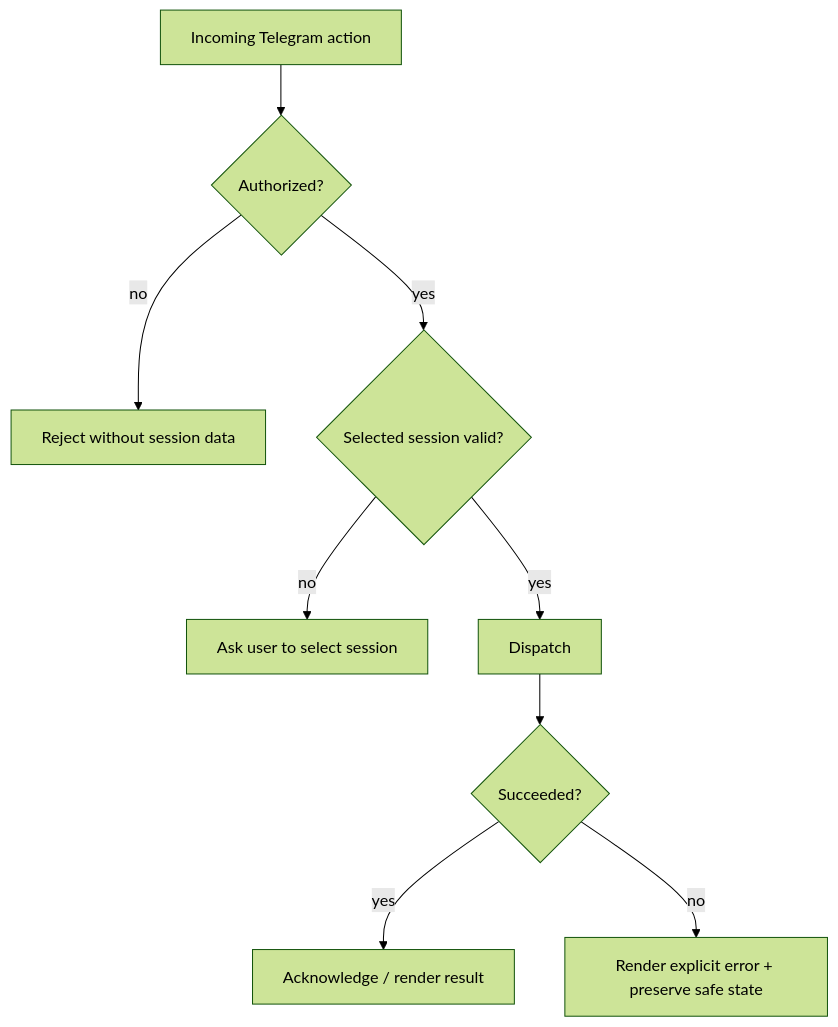
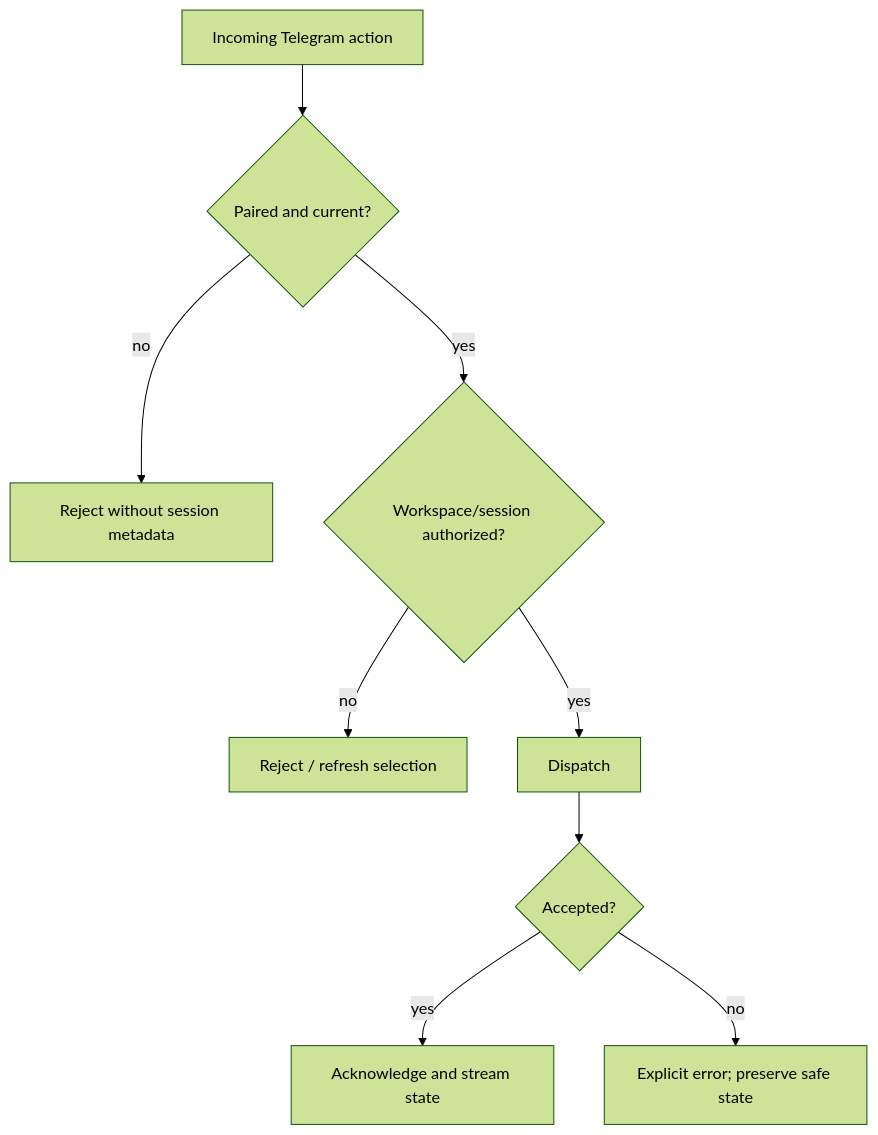
One commit to SachiHarshitha/vscode-telegram changed diagram 17 of 17 in extensions/copilot/docs/telegram-remote/CALL_FLOWS.md. Above: the diagram before and after it, drawn with Mermaid (forest theme). The commit also changed other lines of this file, not shown here.

Commit message:
docs(telegram-remote): align call flows with current runtime

````diff
--- a/extensions/copilot/docs/telegram-remote/CALL_FLOWS.md
+++ b/extensions/copilot/docs/telegram-remote/CALL_FLOWS.md
@@ -526,11 +380,11 @@
 ```mermaid
 flowchart TD
-    I[Incoming Telegram action] --> A{Authorized?}
-    A -->|no| X[Reject without session data]
-    A -->|yes| S{Selected session valid?}
-    S -->|no| Y[Ask user to select session]
-    S -->|yes| D[Dispatch]
-    D --> R{Succeeded?}
-    R -->|yes| OK[Acknowledge / render result]
-    R -->|no| ER[Render explicit error + preserve safe state]
+    I[Incoming Telegram action] --> A{Paired and current?}
+    A -->|no| X[Reject without session metadata]
+    A -->|yes| W{Workspace/session authorized?}
+    W -->|no| Y[Reject / refresh selection]
+    W -->|yes| D[Dispatch]
+    D --> R{Accepted?}
+    R -->|yes| OK[Acknowledge and stream state]
+    R -->|no| ER[Explicit error; preserve safe state]
 ```
````
